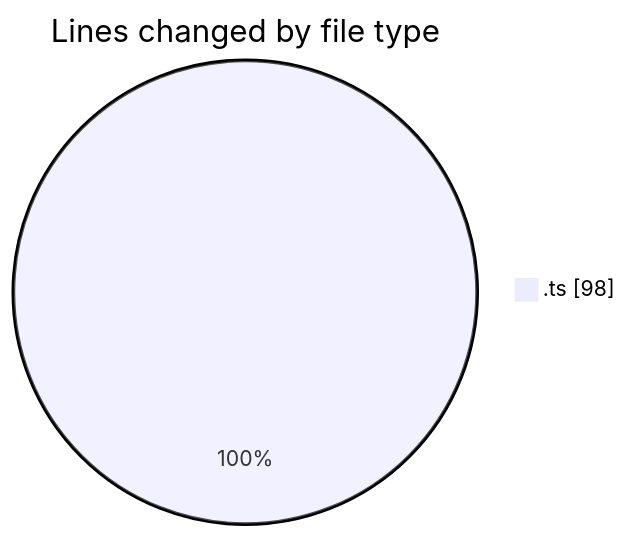
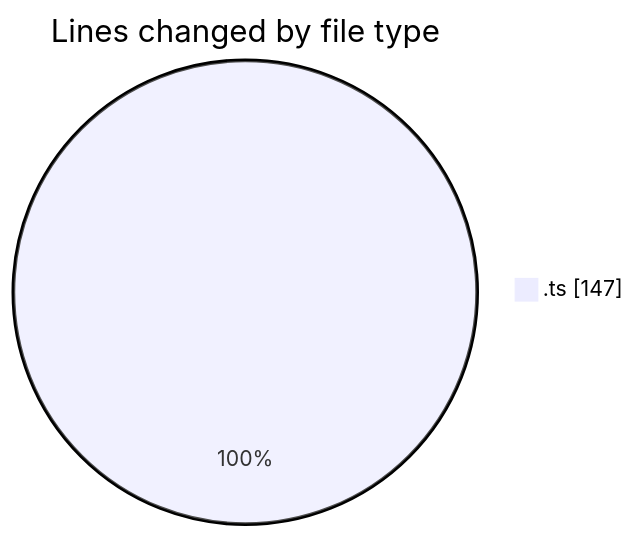
One commit to momahboobian/code-tracking changed the first of 2 diagrams in 2025-01-14/github-activity-tracker/README.md. Above: the diagram before and after it, drawn with Mermaid. The commit also changed other lines of this file and 1 other file, not shown here.

````diff
--- a/2025-01-14/github-activity-tracker/README.md
+++ b/2025-01-14/github-activity-tracker/README.md
@@ -22,5 +23,5 @@
 ```mermaid
 pie showData
 title Lines changed by file type
-".ts" : 98
+".ts" : 147
 ```
````
